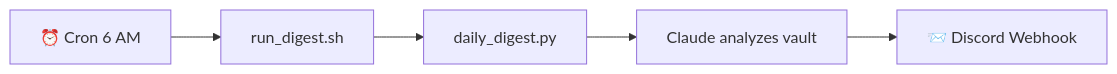
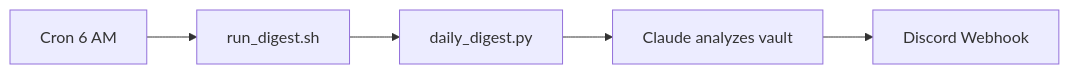
The fifth of 6 diagrams in README.md (jamesmoon2/ATLAS-bot), drawn with Mermaid before and after one commit. The commit also changed other lines of this file, not shown here.

First line of the commit message:
Fix Mermaid diagrams not rendering on GitHub

````diff
--- a/README.md
+++ b/README.md
@@ -215,7 +215,7 @@
 ```mermaid
 flowchart LR
-    A[⏰ Cron 6 AM] --> B[run_digest.sh]
+    A[Cron 6 AM] --> B[run_digest.sh]
     B --> C[daily_digest.py]
     C --> D[Claude analyzes vault]
-    D --> E[📨 Discord Webhook]
+    D --> E[Discord Webhook]
 ```
````
